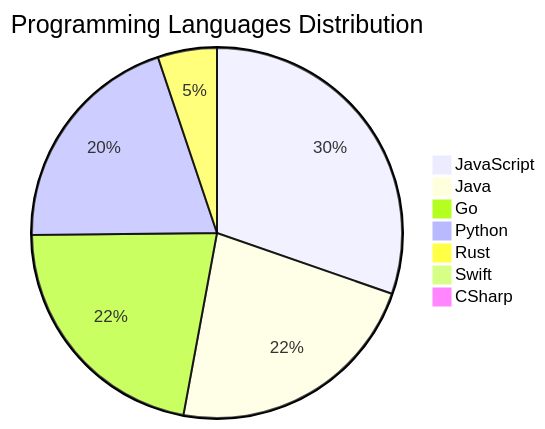
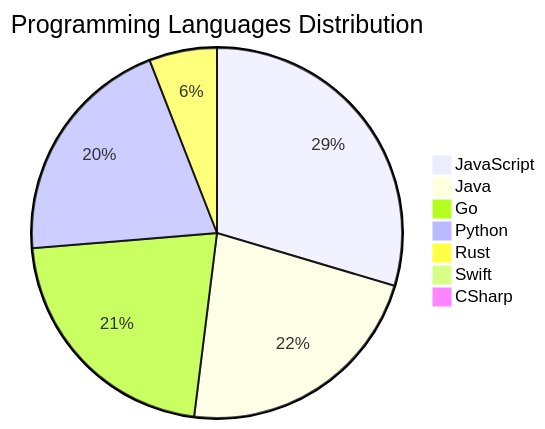
One commit to Derrick-MUGISHA/github-activity-bot changed the diagram in README.md. Above: the diagram before and after it, drawn with Mermaid. The commit also changed other lines of this file and 4 other files, not shown here.

````diff
--- a/README.md
+++ b/README.md
@@ -207,10 +207,10 @@
 ```mermaid
 pie title Programming Languages Distribution
-    "JavaScript" : 47
-    "Java" : 35
-    "Go" : 34
+    "JavaScript" : 45
+    "Java" : 34
+    "Go" : 33
     "Python" : 31
-    "Rust" : 8
+    "Rust" : 9
     "Swift" : 1
     "CSharp" : 1
 ```
````
